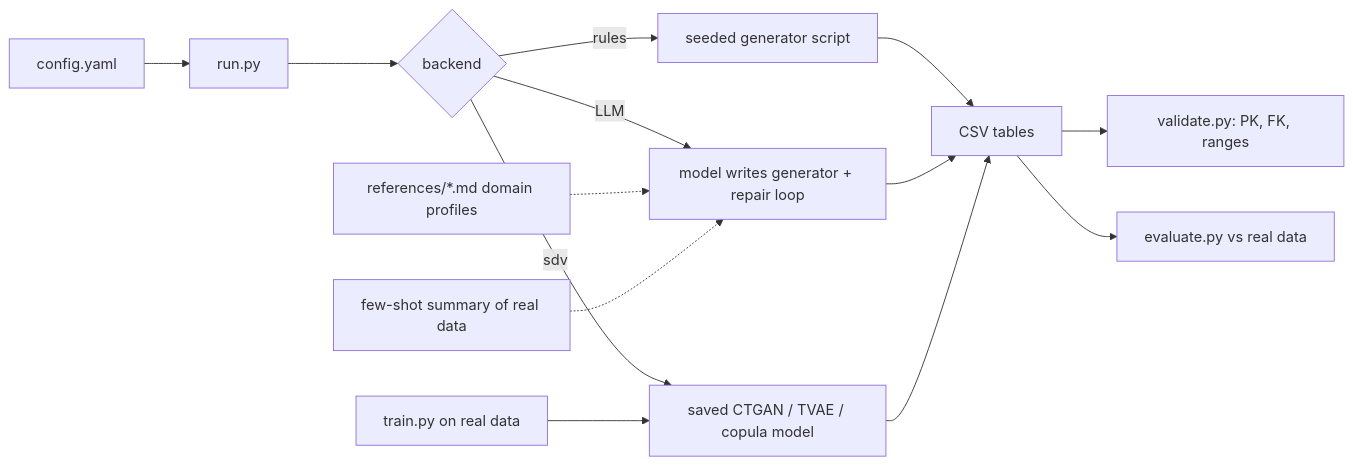
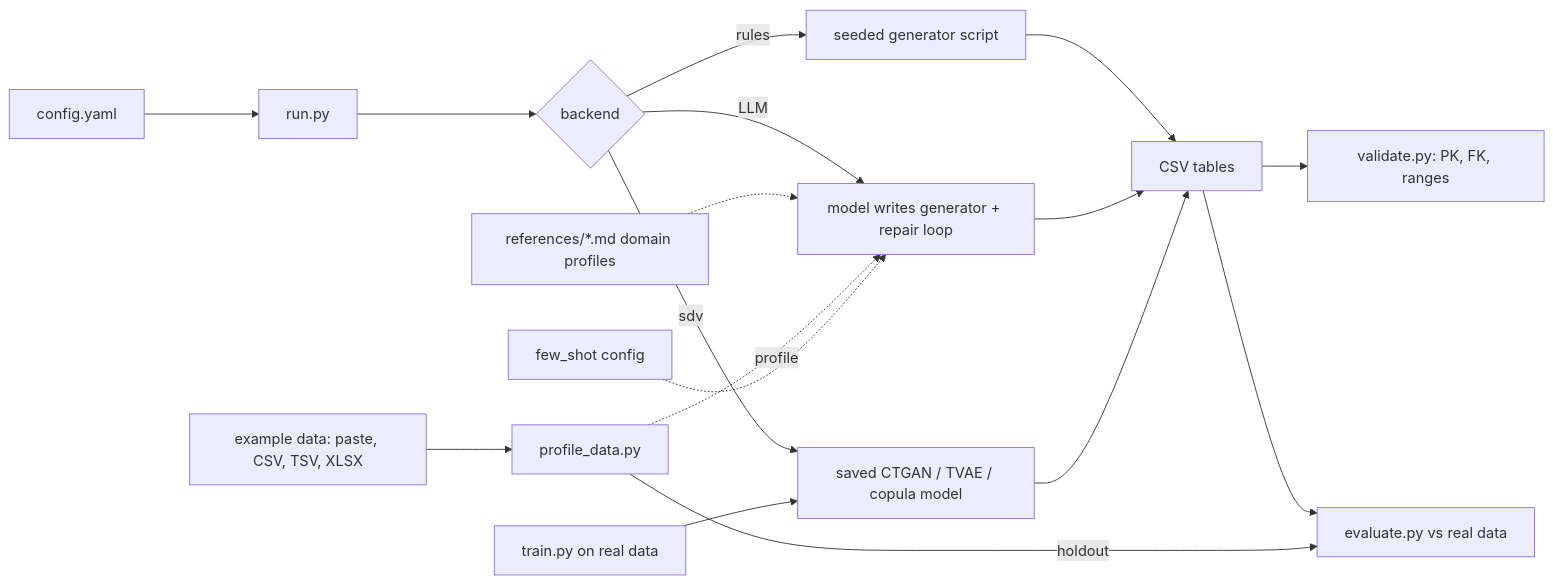
Before and after one commit to mahayasa/synapse: the diagram in README.md, drawn with Mermaid. The commit also changed other lines of this file and 17 other files, not shown here.

First line of the commit message:
Add few-shot from example data (v0.2.0)

````diff
--- a/README.md
+++ b/README.md
@@ -82,16 +94,19 @@
 ```mermaid
 flowchart LR
     C[config.yaml] --> R[run.py]
     R --> B{backend}
     B -->|rules| G1[seeded generator script]
     B -->|LLM| G2[model writes generator + repair loop]
     B -->|sdv| G3[saved CTGAN / TVAE / copula model]
     G1 --> O[CSV tables]
     G2 --> O
     G3 --> O
     O --> V[validate.py: PK, FK, ranges]
     O --> E[evaluate.py vs real data]
     P[references/*.md domain profiles] -.-> G2
-    F[few-shot summary of real data] -.-> G2
+    S[example data: paste, CSV, TSV, XLSX] --> PD[profile_data.py]
+    PD -.->|profile| G2
+    PD -->|holdout| E
+    F[few_shot config] -.-> G2
     T[train.py on real data] --> G3
 ```
````
